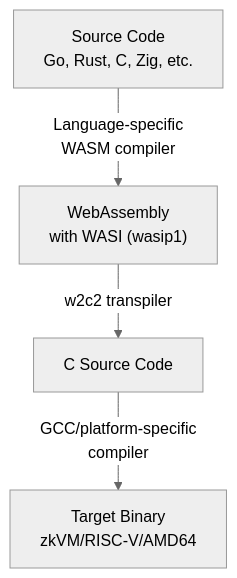
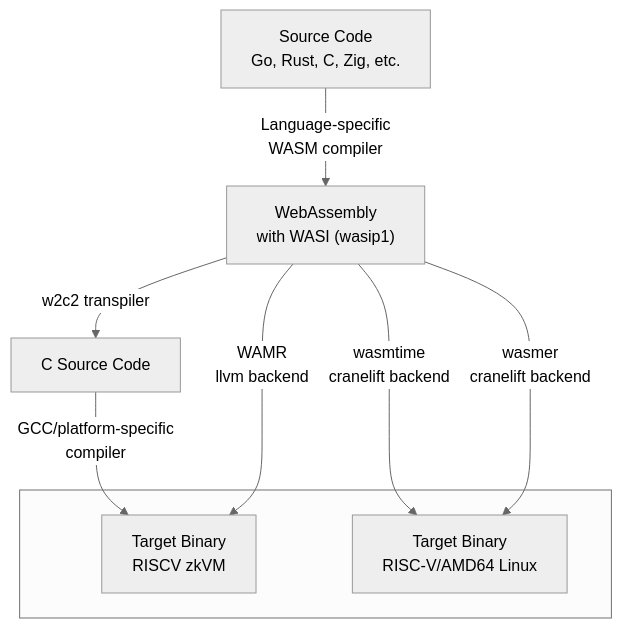
Before and after one commit to eth-act/wasrisc: the diagram in README.md, drawn with Mermaid (neutral theme).

Commit message:
Improve the graph

````diff
--- a/README.md
+++ b/README.md
@@ -9,12 +9,21 @@
 ```mermaid
 graph TD;
 
 source_code["Source Code<br/>Go, Rust, C, Zig, etc."]
 wasm["WebAssembly<br/>with WASI (wasip1)"]
 c_source_code["C Source Code"]
-target_binary["Target Binary<br>zkVM/RISC-V/AMD64"]
+
+subgraph targets[" "]
+    zkvm_target_binary["Target Binary<br/>RISCV zkVM"]
+    linux_target_binary["Target Binary<br/>RISC-V/AMD64 Linux"]
+end
 
 source_code -->|"Language-specific<br/>WASM compiler"| wasm
 wasm -->|"w2c2 transpiler"| c_source_code
-c_source_code -->|"GCC/platform-specific<br/>compiler"| target_binary
+c_source_code -->|"GCC/platform-specific<br/>compiler"| zkvm_target_binary
+wasm -->|"WAMR<br/>llvm backend"| zkvm_target_binary
+wasm -->|"wasmtime<br/>cranelift backend"| linux_target_binary
+wasm -->|"wasmer<br/>cranelift backend"| linux_target_binary
+
+classDef subgraphStyle fill:none,stroke:none;
 ```
````
